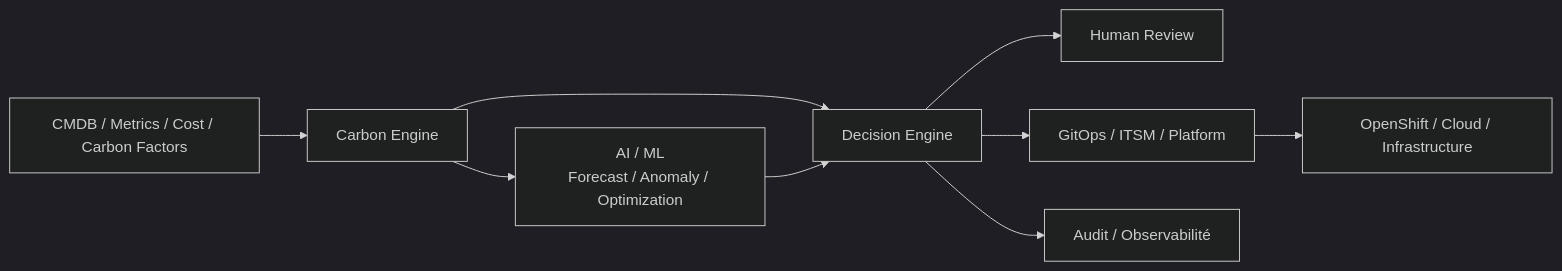
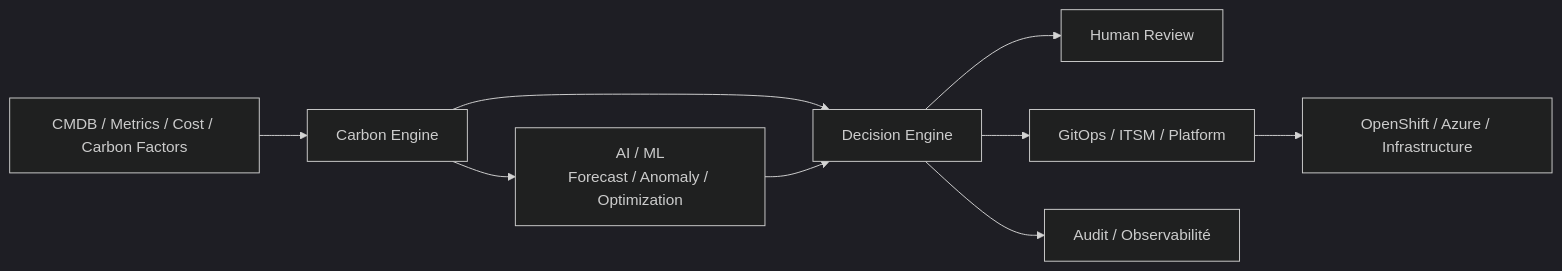
Before and after one commit to zdmooc/mayabank-carbon-aware-decision-architecture: the first of 2 diagrams in architecture/README.md, drawn with Mermaid (dark theme). The commit also changed other lines of this file, not shown here.

Commit message:
docs(architecture): show local and Azure deployment targets

````diff
--- a/architecture/README.md
+++ b/architecture/README.md
@@ -5,11 +5,11 @@
 ```mermaid
 flowchart LR
     SRC[CMDB / Metrics / Cost / Carbon Factors] --> CE[Carbon Engine]
     CE --> AI[AI / ML\nForecast / Anomaly / Optimization]
     CE --> DE[Decision Engine]
     AI --> DE
     DE --> HR[Human Review]
     DE --> ACT[GitOps / ITSM / Platform]
     DE --> OBS[Audit / Observabilité]
-    ACT --> OCP[OpenShift / Cloud / Infrastructure]
+    ACT --> OCP[OpenShift / Azure / Infrastructure]
 ```
````
